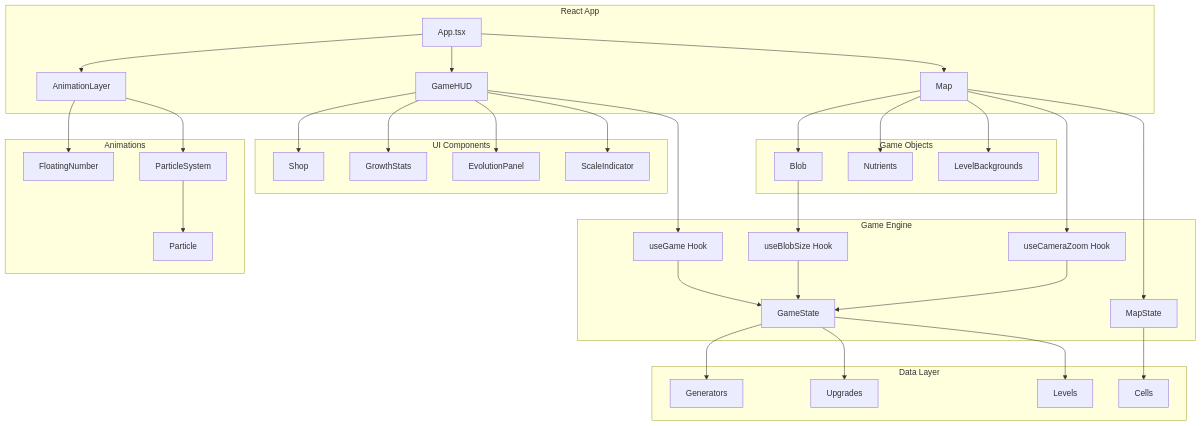
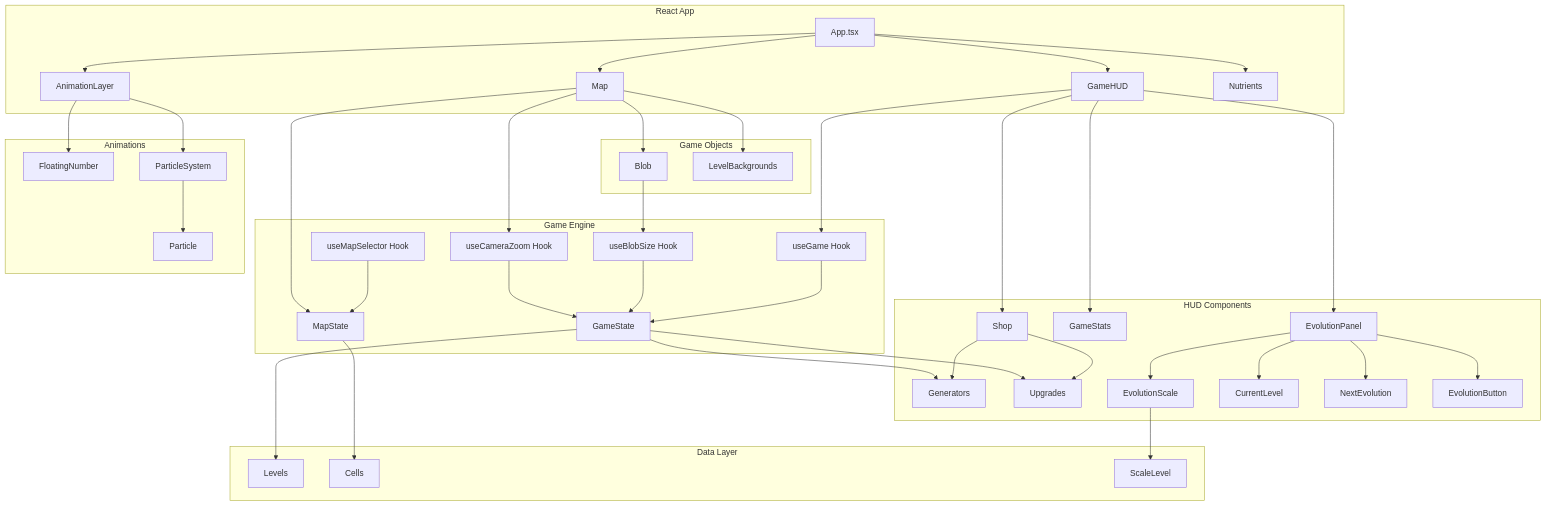
Before and after one commit to andreicstoica/blob-game: diagram 13 of 16 in docs/architecture-diagrams.md, drawn with Mermaid. The commit also changed other lines of this file and 1 other file, not shown here.

Commit message:
architecture diagram update pre spec writing

````diff
--- a/docs/architecture-diagrams.md
+++ b/docs/architecture-diagrams.md
@@ -395,52 +504,63 @@
 ```mermaid
 graph TB
     subgraph "React App"
         App[App.tsx]
         App --> GameHUD
         App --> Map
         App --> AnimationLayer
+        App --> Nutrients
     end
 
     subgraph "Game Engine"
         GameState[GameState]
         MapState[MapState]
         useGame[useGame Hook]
         useBlobSize[useBlobSize Hook]
         useCameraZoom[useCameraZoom Hook]
+        useMapSelector[useMapSelector Hook]
     end
 
-    subgraph "UI Components"
+    subgraph "HUD Components"
         GameHUD --> Shop
-        GameHUD --> GrowthStats
+        GameHUD --> GameStats
         GameHUD --> EvolutionPanel
-        GameHUD --> ScaleIndicator
+
+        Shop --> Generators
+        Shop --> Upgrades
+
+        EvolutionPanel --> EvolutionScale
+        EvolutionPanel --> CurrentLevel
+        EvolutionPanel --> NextEvolution
+        EvolutionPanel --> EvolutionButton
     end
 
     subgraph "Game Objects"
         Map --> Blob
-        Map --> Nutrients
         Map --> LevelBackgrounds
     end
 
     subgraph "Animations"
         AnimationLayer --> FloatingNumber
         AnimationLayer --> ParticleSystem
         ParticleSystem --> Particle
     end
 
     subgraph "Data Layer"
         GameState --> Generators
         GameState --> Upgrades
         GameState --> Levels
         MapState --> Cells
+        ScaleLevel[ScaleLevel]
     end
 
     %% Connections
     useGame --> GameState
     useBlobSize --> GameState
     useCameraZoom --> GameState
+    useMapSelector --> MapState
     GameHUD --> useGame
     Map --> MapState
     Blob --> useBlobSize
     Map --> useCameraZoom
+    EvolutionScale --> ScaleLevel
 ```
````
